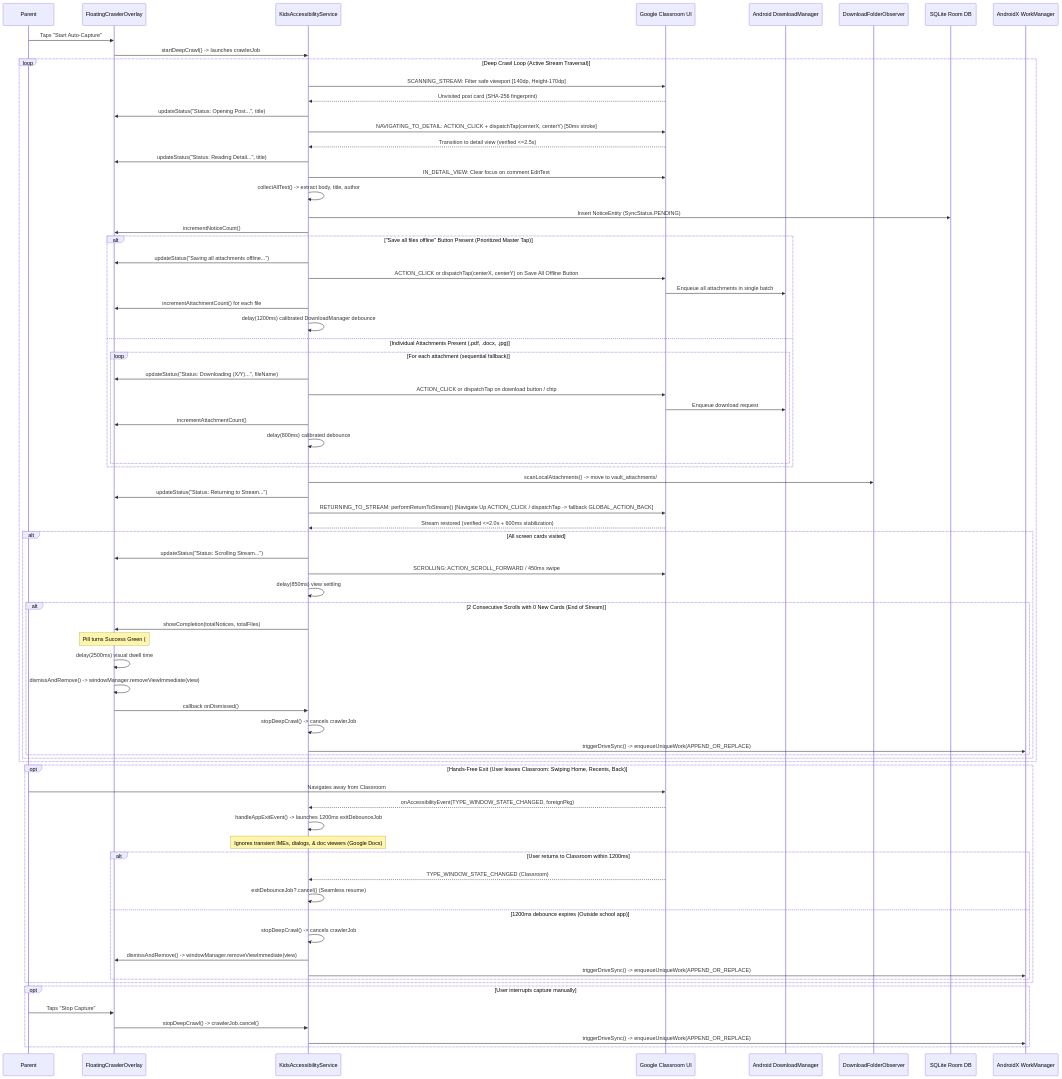
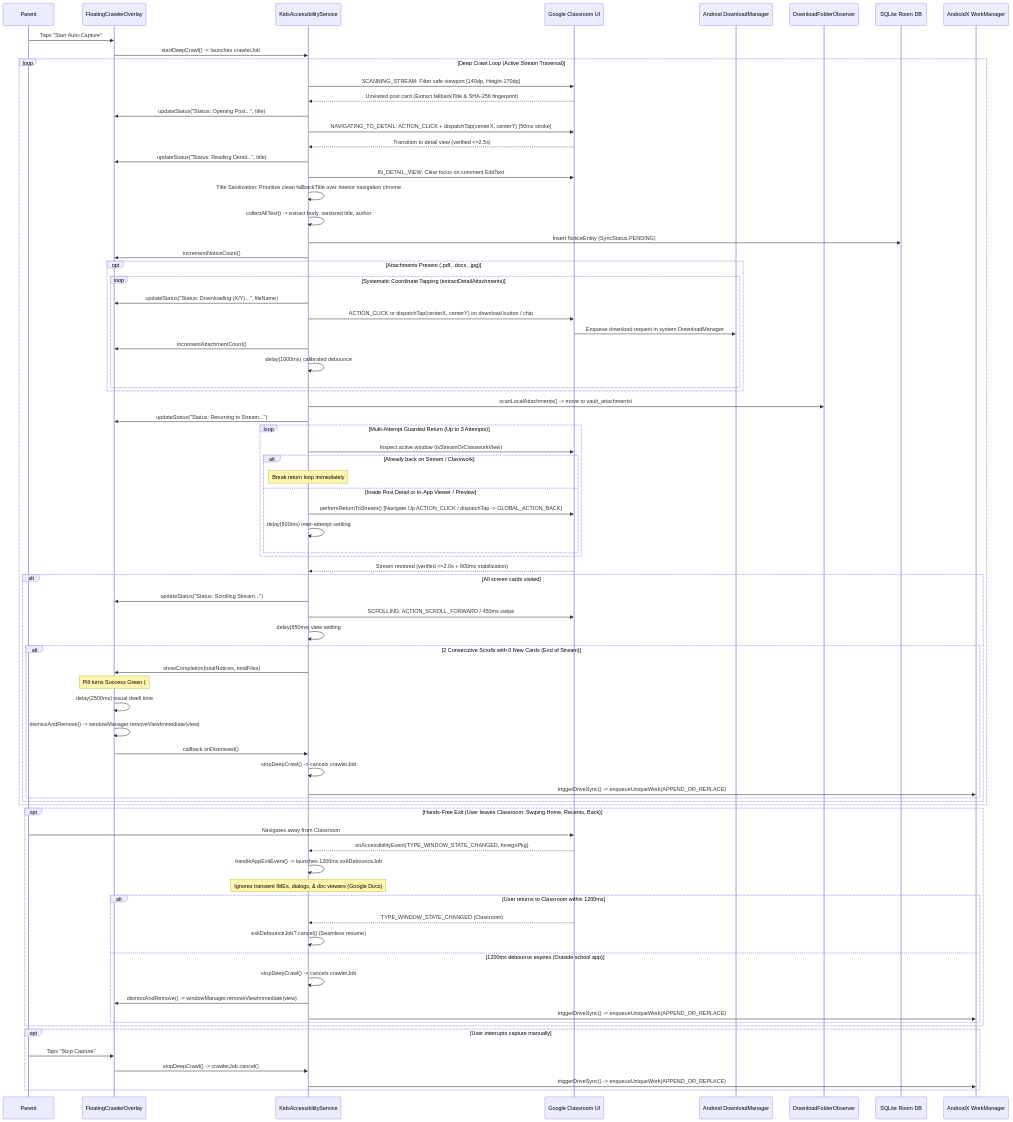
One commit to daarshnicsanjeev/K.I.D.S changed the fourth of 10 diagrams in docs/TECHNICAL_ARCHITECTURE.md. Above: the diagram before and after it, drawn with Mermaid. The commit also changed other lines of this file and 19 other files, not shown here.

Commit message:
feat(crawler): implement autonomous zero-storage attachment capture and title sanitization

```diff
--- a/docs/TECHNICAL_ARCHITECTURE.md
+++ b/docs/TECHNICAL_ARCHITECTURE.md
@@ -345,7 +347,7 @@
     
     loop Deep Crawl Loop (Active Stream Traversal)
         ACS->>GC: SCANNING_STREAM: Filter safe viewport [140dp, Height-170dp]
-        GC-->>ACS: Unvisited post card (SHA-256 fingerprint)
+        GC-->>ACS: Unvisited post card (Extract fallbackTitle & SHA-256 fingerprint)
         
         ACS->>OV: updateStatus("Status: Opening Post...", title)
         ACS->>GC: NAVIGATING_TO_DETAIL: ACTION_CLICK + dispatchTap(centerX, centerY) [50ms stroke]
@@ -353,29 +355,32 @@
         
         ACS->>OV: updateStatus("Status: Reading Detail...", title)
         ACS->>GC: IN_DETAIL_VIEW: Clear focus on comment EditText
-        ACS->>ACS: collectAllText() -> extract body, title, author
+        ACS->>ACS: Title Sanitization: Prioritize clean fallbackTitle over interior navigation chrome
+        ACS->>ACS: collectAllText() -> extract body, sanitized title, author
         ACS->>DB: Insert NoticeEntity (SyncStatus.PENDING)
         ACS->>OV: incrementNoticeCount()
         
-        alt "Save all files offline" Button Present (Prioritized Master Tap)
-            ACS->>OV: updateStatus("Saving all attachments offline...")
-            ACS->>GC: ACTION_CLICK or dispatchTap(centerX, centerY) on Save All Offline Button
-            GC->>DM: Enqueue all attachments in single batch
-            ACS->>OV: incrementAttachmentCount() for each file
-            ACS->>ACS: delay(1200ms) calibrated DownloadManager debounce
-        else Individual Attachments Present (.pdf, .docx, .jpg)
-            loop For each attachment (sequential fallback)
+        opt Attachments Present (.pdf, .docx, .jpg)
+            loop Systematic Coordinate Tapping (extractDetailAttachments)
                 ACS->>OV: updateStatus("Status: Downloading (X/Y)...", fileName)
-                ACS->>GC: ACTION_CLICK or dispatchTap on download button / chip
-                GC->>DM: Enqueue download request
+                ACS->>GC: ACTION_CLICK or dispatchTap(centerX, centerY) on download button / chip
+                GC->>DM: Enqueue download request in system DownloadManager
                 ACS->>OV: incrementAttachmentCount()
-                ACS->>ACS: delay(800ms) calibrated debounce
+                ACS->>ACS: delay(1000ms) calibrated debounce
             end
         end
         ACS->>DFO: scanLocalAttachments() -> move to vault_attachments/
         
         ACS->>OV: updateStatus("Status: Returning to Stream...")
-        ACS->>GC: RETURNING_TO_STREAM: performReturnToStream() [Navigate Up ACTION_CLICK / dispatchTap -> fallback GLOBAL_ACTION_BACK]
+        loop Multi-Attempt Guarded Return (Up to 3 Attempts)
+            ACS->>GC: Inspect active window (isStreamOrClassworkView)
+            alt Already back on Stream / Classwork
+                Note over ACS: Break return loop immediately
+            else Inside Post Detail or In-App Viewer / Preview
+                ACS->>GC: performReturnToStream() [Navigate Up ACTION_CLICK / dispatchTap -> GLOBAL_ACTION_BACK]
+                ACS->>ACS: delay(600ms) inter-attempt settling
+            end
+        end
         GC-->>ACS: Stream restored (verified <=2.0s + 600ms stabilization)
         
         alt All screen cards visited
```
